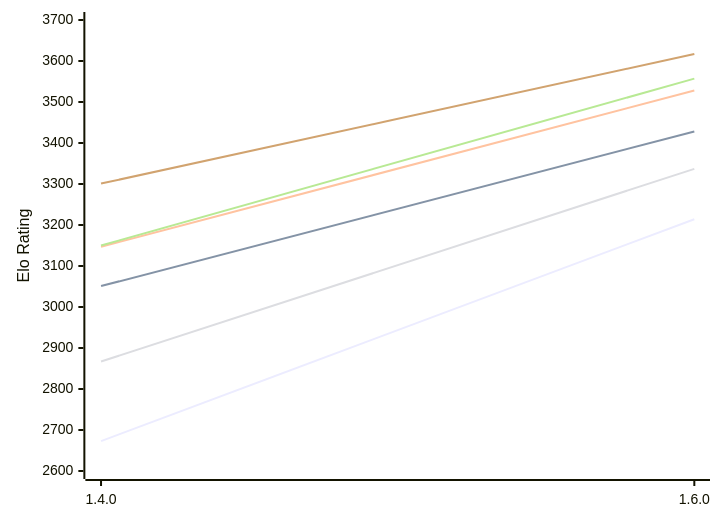
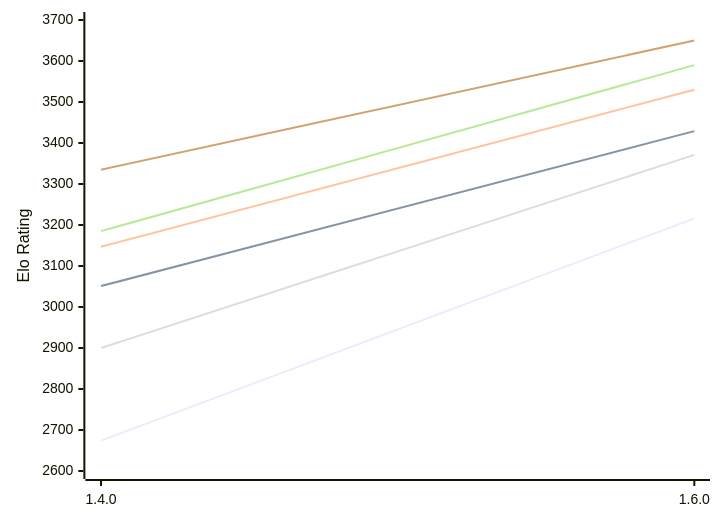
The first of 2 diagrams in engines/Gyatso.md (computer-chess-index/cci), drawn with Mermaid before and after one commit. The commit also changed other lines of this file, not shown here.

Commit message:
Update CCI Ratings (ELO VLTC) - 2026-11-05

````diff
--- a/engines/Gyatso.md
+++ b/engines/Gyatso.md
@@ -53,12 +53,12 @@
 ```mermaid
 %%{init: {"theme":"base","themeVariables":{"seriesColors:['#a3a3a3','#222221','#faa371']}}}%%
 xychart-beta
   x-axis ["1.4.0", "1.6.0"]
   y-axis "Elo Rating" 2600 --> 3700
-  line "E1: STC (8.0+0.08s)" [2673, 3214]
-  line "E1: LTC (60.0+0.60s)" [3051, 3428]
-  line "E1: VLTC (2m24s+1.12s)" [3147, 3528]
-  line "P1: STC (8.0+0.08s)" [2867, 3337]
-  line "P1: LTC (60.0+0.60s)" [3150, 3557]
-  line "P1: VLTC (2m24s+1.12s)" [3301, 3617]
+  line "E1: STC (8.0+0.08s)" [2674, 3216]
+  line "E1: LTC (60.0+0.60s)" [3051, 3429]
+  line "E1: VLTC (2m24s+1.12s)" [3147, 3530]
+  line "P1: STC (8.0+0.08s)" [2900, 3371]
+  line "P1: LTC (60.0+0.60s)" [3185, 3590]
+  line "P1: VLTC (2m24s+1.12s)" [3335, 3650]
 ```
````
